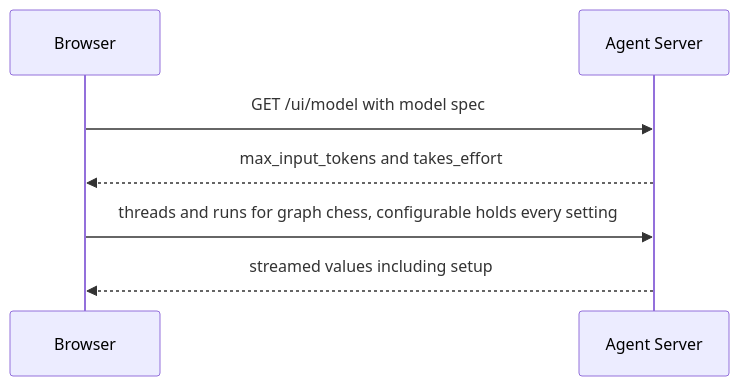
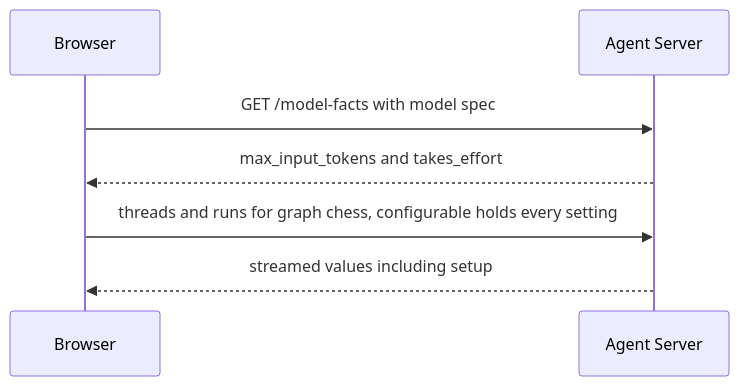
Before and after one commit to darieldatoon/langchain-chess: the second of 2 diagrams in openwiki/integrations/agent-server.md, drawn with Mermaid. The commit also changed other lines of this file and 46 other files, not shown here.

````diff
--- a/openwiki/integrations/agent-server.md
+++ b/openwiki/integrations/agent-server.md
@@ -289,9 +295,9 @@
 ```mermaid
 sequenceDiagram
     participant B as Browser
     participant AS as Agent Server
-    B->>AS: GET /ui/model with model spec
+    B->>AS: GET /model-facts with model spec
     AS-->>B: max_input_tokens and takes_effort
     B->>AS: threads and runs for graph chess, configurable holds every setting
     AS-->>B: streamed values including setup
 ```
````
